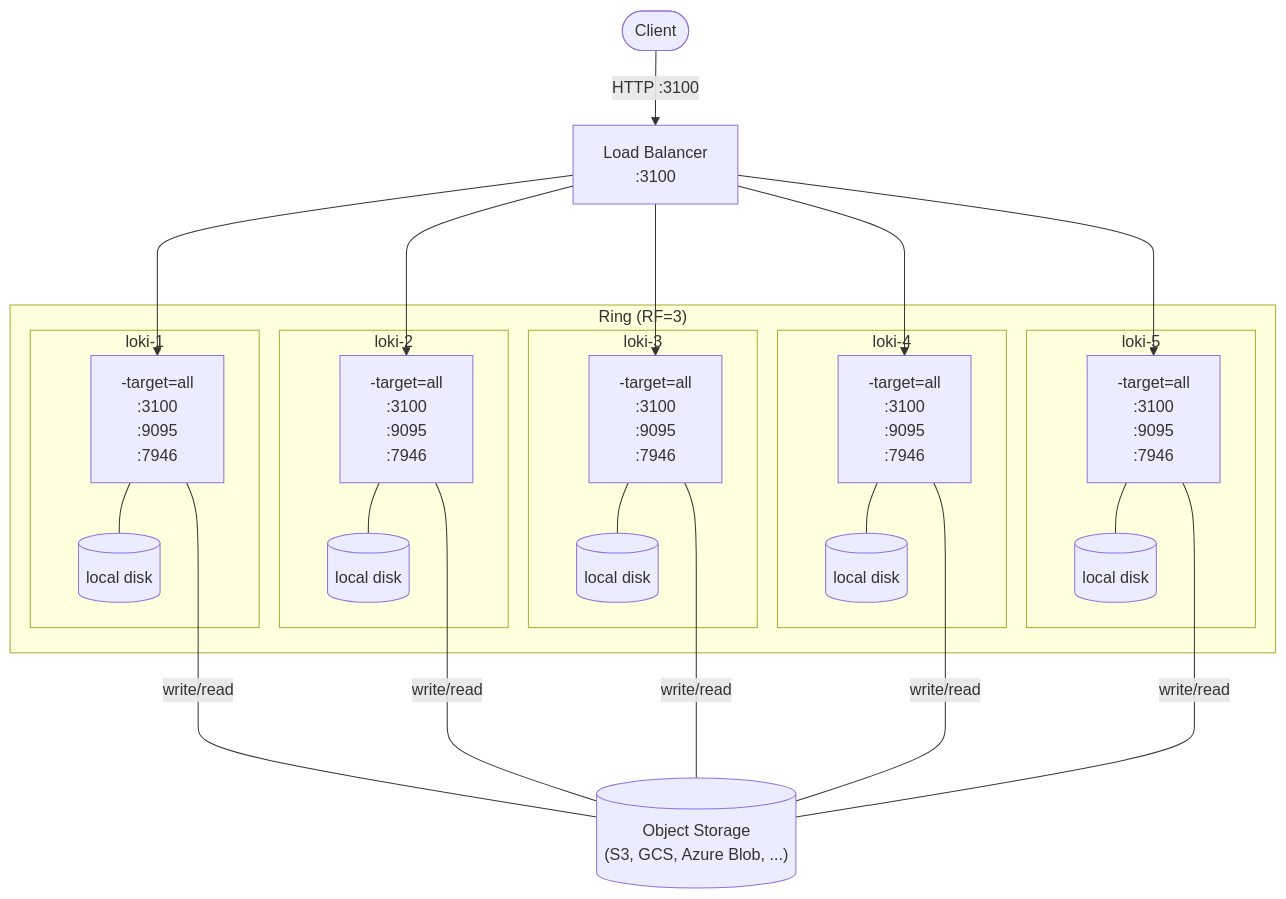
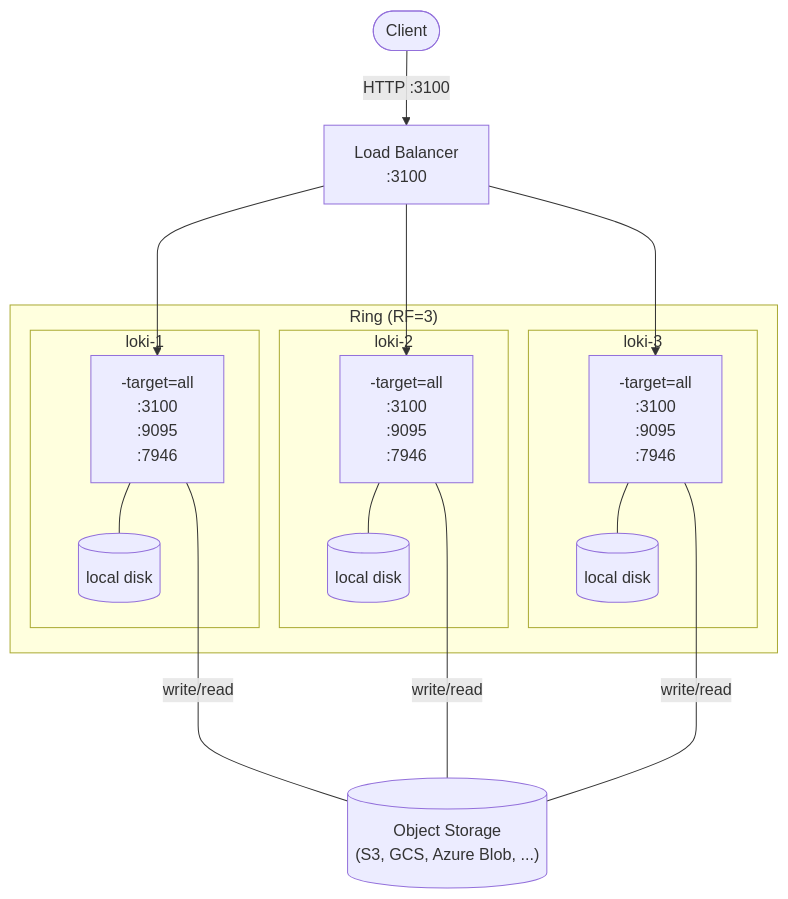
Before and after one commit to grafana/loki: the diagram in examples/ha-monolithic/README.md, drawn with Mermaid.

Commit message:
fixup! chore: Apply suggestions from review

````diff
--- a/examples/ha-monolithic/README.md
+++ b/examples/ha-monolithic/README.md
@@ -25,40 +25,30 @@
 ```mermaid
 graph TB
     Client(["Client"])
     nginx["Load Balancer\n:3100"]
     subgraph ring ["Ring (RF=3)"]
         subgraph loki1_container ["loki-1"]
             loki1["-target=all\n:3100\n:9095\n:7946"]
             loki1 --- loki1_vol[("local disk")]
         end
         subgraph loki2_container ["loki-2"]
             loki2["-target=all\n:3100\n:9095\n:7946"]
             loki2 --- loki2_vol[("local disk")]
         end
         subgraph loki3_container ["loki-3"]
             loki3["-target=all\n:3100\n:9095\n:7946"]
             loki3 --- loki3_vol[("local disk")]
         end
-        subgraph loki4_container ["loki-4"]
-            loki4["-target=all\n:3100\n:9095\n:7946"]
-            loki4 --- loki4_vol[("local disk")]
-        end
-        subgraph loki5_container ["loki-5"]
-            loki5["-target=all\n:3100\n:9095\n:7946"]
-            loki5 --- loki5_vol[("local disk")]
-        end
     end
 
 
     objstore[("Object Storage\n(S3, GCS, Azure Blob, ...)")]
 
     Client -->|"HTTP :3100"| nginx
 
     nginx ---> loki1
     nginx ---> loki2
     nginx ---> loki3
-    nginx ---> loki4
-    nginx ---> loki5
 
-    loki1 & loki2 & loki3 & loki4 & loki5 -----|"write/read"| objstore
+    loki1 & loki2 & loki3 -----|"write/read"| objstore
 ```
````
